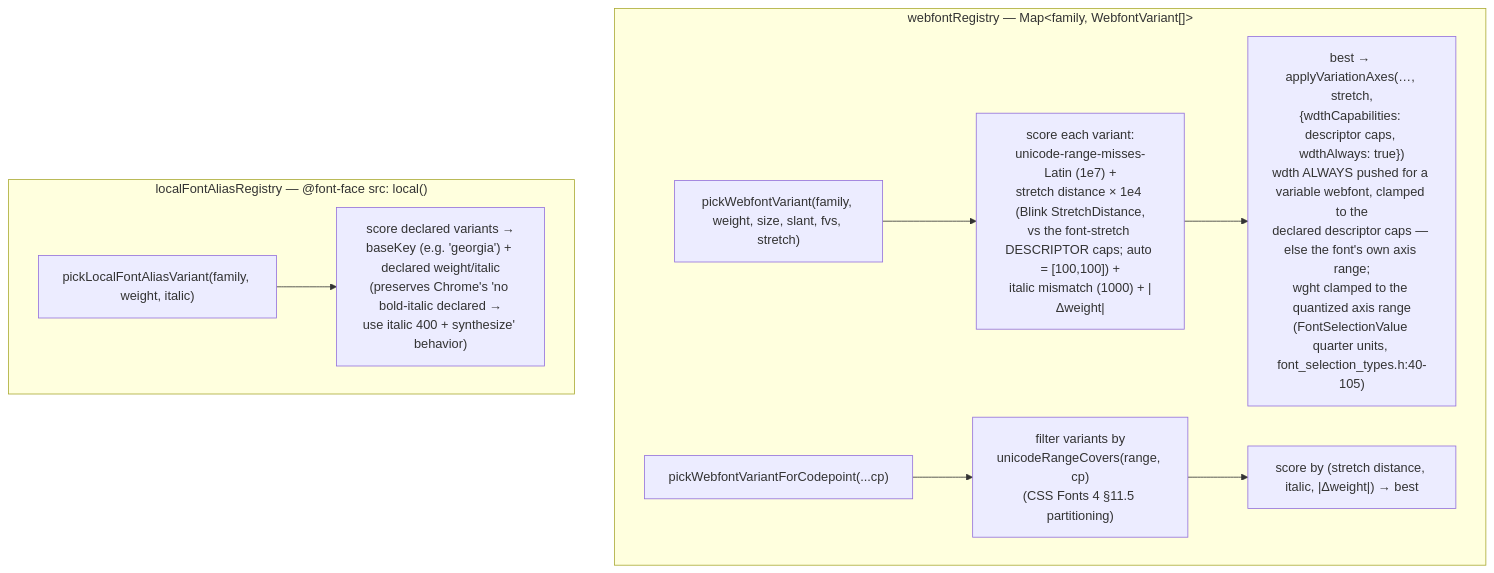
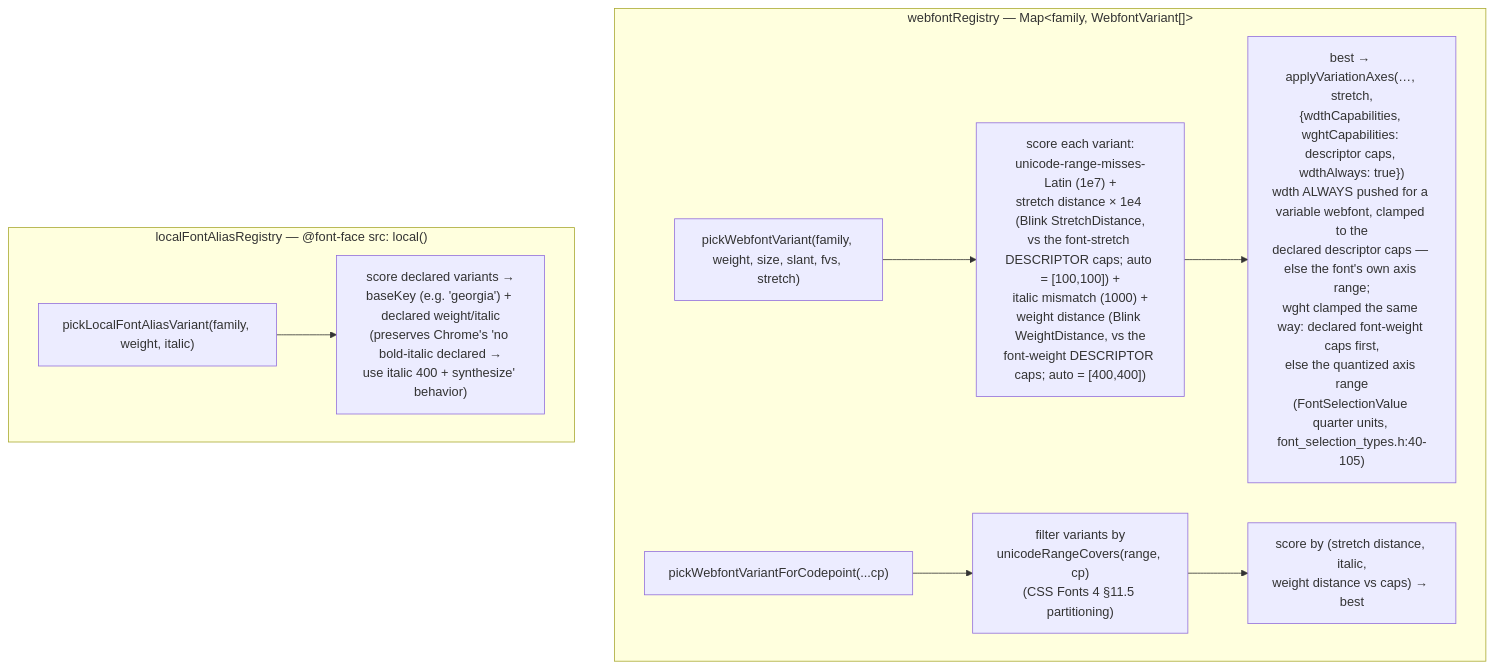
One commit to brianwestphal/domotion changed the fourth of 11 diagrams in docs/font-resolution-diagram.md. Above: the diagram before and after it, drawn with Mermaid. The commit also changed other lines of this file and 4 other files, not shown here.

````diff
--- a/docs/font-resolution-diagram.md
+++ b/docs/font-resolution-diagram.md
@@ -496,12 +511,12 @@
 ```mermaid
 flowchart TD
   subgraph WF["webfontRegistry — Map&lt;family, WebfontVariant[]&gt;"]
-    W0["pickWebfontVariant(family, weight, size, slant, fvs, stretch)"] --> W1["score each variant:<br/>unicode-range-misses-Latin (1e7) +<br/>stretch distance × 1e4 (Blink StretchDistance,<br/>vs the font-stretch DESCRIPTOR caps; auto = [100,100]) +<br/>italic mismatch (1000) + |Δweight|"]
-    W1 --> W2["best → applyVariationAxes(…, stretch,<br/>{wdthCapabilities: descriptor caps, wdthAlways: true})<br/>wdth ALWAYS pushed for a variable webfont, clamped to the<br/>declared descriptor caps — else the font's own axis range;<br/>wght clamped to the quantized axis range<br/>(FontSelectionValue quarter units, font_selection_types.h:40-105)"]
+    W0["pickWebfontVariant(family, weight, size, slant, fvs, stretch)"] --> W1["score each variant:<br/>unicode-range-misses-Latin (1e7) +<br/>stretch distance × 1e4 (Blink StretchDistance,<br/>vs the font-stretch DESCRIPTOR caps; auto = [100,100]) +<br/>italic mismatch (1000) +<br/>weight distance (Blink WeightDistance, vs the<br/>font-weight DESCRIPTOR caps; auto = [400,400])"]
+    W1 --> W2["best → applyVariationAxes(…, stretch,<br/>{wdthCapabilities, wghtCapabilities: descriptor caps, wdthAlways: true})<br/>wdth ALWAYS pushed for a variable webfont, clamped to the<br/>declared descriptor caps — else the font's own axis range;<br/>wght clamped the same way: declared font-weight caps first,<br/>else the quantized axis range<br/>(FontSelectionValue quarter units, font_selection_types.h:40-105)"]
     P0["pickWebfontVariantForCodepoint(...cp)"] --> P1["filter variants by<br/>unicodeRangeCovers(range, cp)<br/>(CSS Fonts 4 §11.5 partitioning)"]
-    P1 --> P2["score by (stretch distance, italic, |Δweight|) → best"]
+    P1 --> P2["score by (stretch distance, italic,<br/>weight distance vs caps) → best"]
   end
   subgraph LA["localFontAliasRegistry — @font-face src: local()"]
     LA0["pickLocalFontAliasVariant(family, weight, italic)"] --> LA1["score declared variants →<br/>baseKey (e.g. 'georgia') + declared weight/italic<br/>(preserves Chrome's 'no bold-italic declared →<br/>use italic 400 + synthesize' behavior)"]
   end
 ```
````
